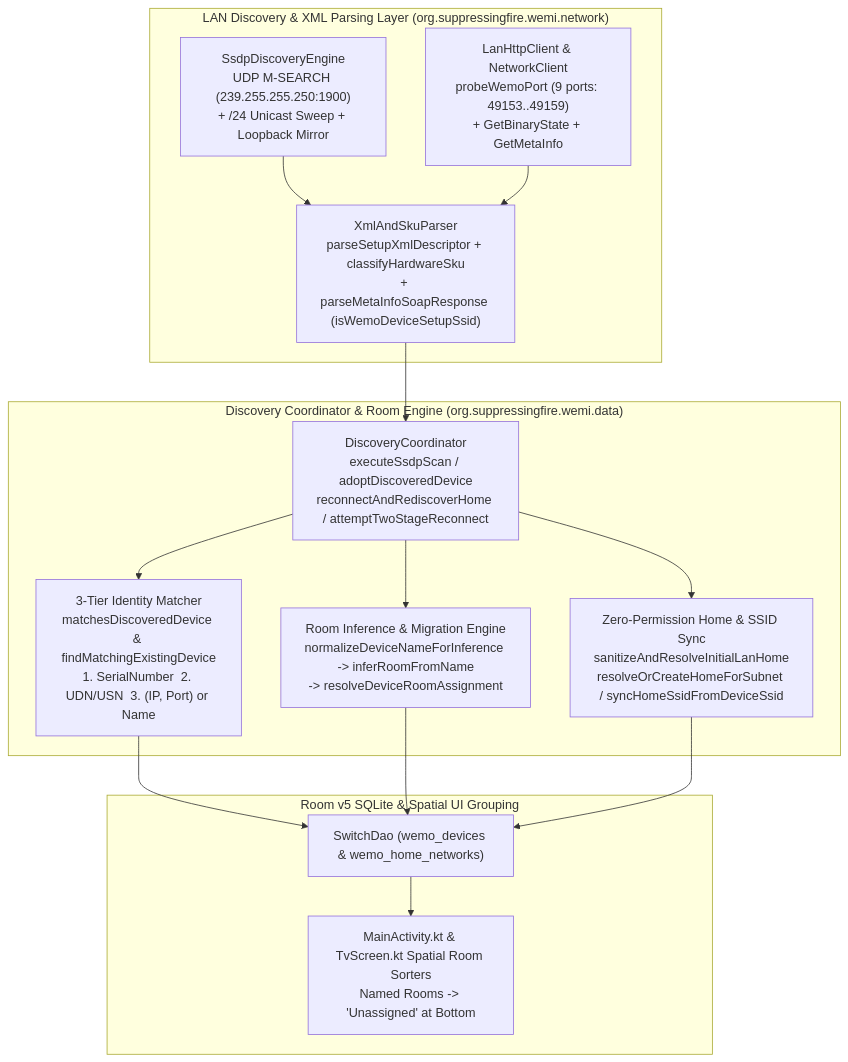
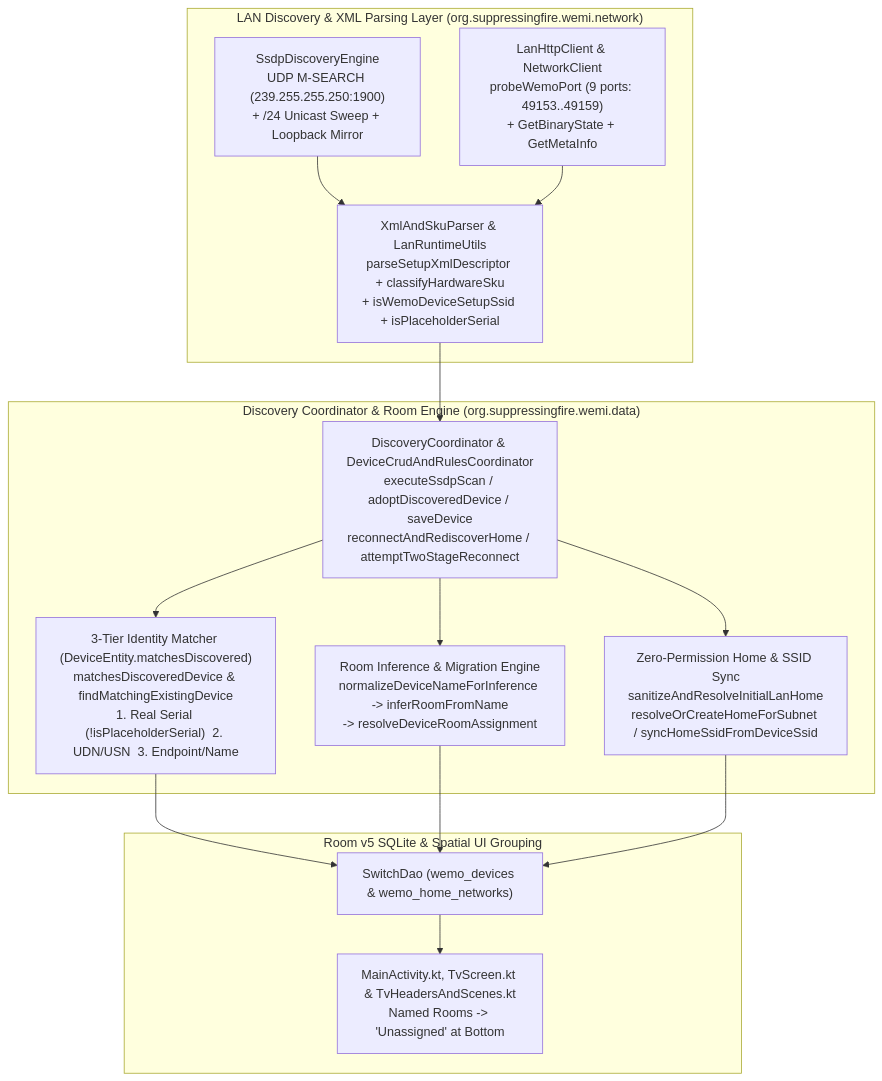
Before and after one commit to MichaelRHead/WeMi-light-control: the diagram in DISCOVERY_AND_ROOM_GROUPING.md, drawn with Mermaid. The commit also changed other lines of this file and 1 other file, not shown here.

First line of the commit message:
docs(discovery): refresh discovery spec & skill for modular v23.0 layout [Discovery & Room Grouping Agent]

````diff
--- a/DISCOVERY_AND_ROOM_GROUPING.md
+++ b/DISCOVERY_AND_ROOM_GROUPING.md
@@ -39,31 +39,31 @@
 ```mermaid
 flowchart TD
     subgraph Network["LAN Discovery & XML Parsing Layer (org.suppressingfire.wemi.network)"]
         SSDP["SsdpDiscoveryEngine\nUDP M-SEARCH (239.255.255.250:1900)\n+ /24 Unicast Sweep + Loopback Mirror"]
-        XML["XmlAndSkuParser\nparseSetupXmlDescriptor + classifyHardwareSku\n+ parseMetaInfoSoapResponse (isWemoDeviceSetupSsid)"]
+        XML["XmlAndSkuParser & LanRuntimeUtils\nparseSetupXmlDescriptor + classifyHardwareSku\n+ isWemoDeviceSetupSsid + isPlaceholderSerial"]
         PORT["LanHttpClient & NetworkClient\nprobeWemoPort (9 ports: 49153..49159)\n+ GetBinaryState + GetMetaInfo"]
     end
 
     subgraph Coordinator["Discovery Coordinator & Room Engine (org.suppressingfire.wemi.data)"]
-        COORD["DiscoveryCoordinator\nexecuteSsdpScan / adoptDiscoveredDevice\nreconnectAndRediscoverHome / attemptTwoStageReconnect"]
-        MATCH["3-Tier Identity Matcher\nmatchesDiscoveredDevice & findMatchingExistingDevice\n1. SerialNumber  2. UDN/USN  3. (IP, Port) or Name"]
+        COORD["DiscoveryCoordinator & DeviceCrudAndRulesCoordinator\nexecuteSsdpScan / adoptDiscoveredDevice / saveDevice\nreconnectAndRediscoverHome / attemptTwoStageReconnect"]
+        MATCH["3-Tier Identity Matcher (DeviceEntity.matchesDiscovered)\nmatchesDiscoveredDevice & findMatchingExistingDevice\n1. Real Serial (!isPlaceholderSerial)  2. UDN/USN  3. Endpoint/Name"]
         ROOM["Room Inference & Migration Engine\nnormalizeDeviceNameForInference -> inferRoomFromName\n-> resolveDeviceRoomAssignment"]
         HOME["Zero-Permission Home & SSID Sync\nsanitizeAndResolveInitialLanHome\nresolveOrCreateHomeForSubnet / syncHomeSsidFromDeviceSsid"]
     end
 
     subgraph StorageUI["Room v5 SQLite & Spatial UI Grouping"]
         DB["SwitchDao (wemo_devices & wemo_home_networks)"]
-        SORT["MainActivity.kt & TvScreen.kt Spatial Room Sorters\nNamed Rooms -> 'Unassigned' at Bottom"]
+        SORT["MainActivity.kt, TvScreen.kt & TvHeadersAndScenes.kt\nNamed Rooms -> 'Unassigned' at Bottom"]
     end
 
     SSDP --> XML
     PORT --> XML
     XML --> COORD
     COORD --> MATCH
     COORD --> ROOM
     COORD --> HOME
     MATCH --> DB
     ROOM --> DB
     HOME --> DB
     DB --> SORT
 ```
````
